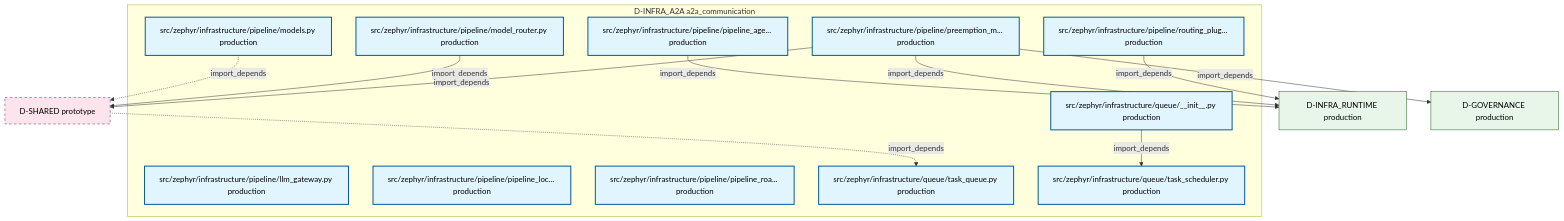
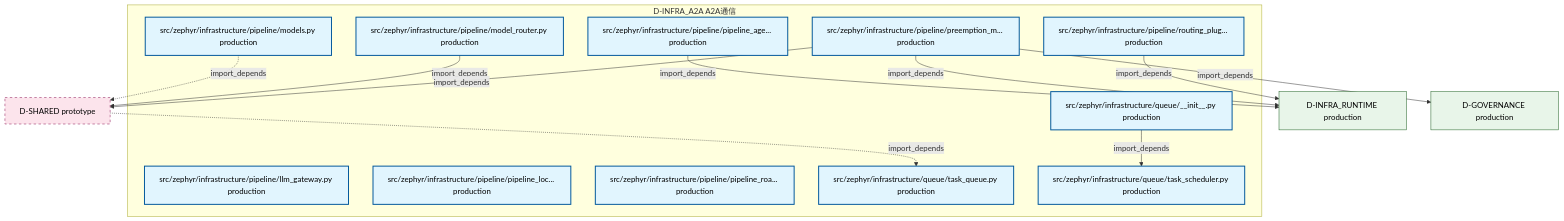
The fourth of 4 diagrams in docs/02_enterprise_architecture/02_domain_architecture_docs/01_d_infra_a2a.md (xuanFelixVan/ZephyrAlpha), drawn with Mermaid before and after one commit. The commit also changed other lines of this file and 105 other files, not shown here.

````diff
--- a/docs/02_enterprise_architecture/02_domain_architecture_docs/01_d_infra_a2a.md
+++ b/docs/02_enterprise_architecture/02_domain_architecture_docs/01_d_infra_a2a.md
@@ -255,35 +255,35 @@
 ```mermaid
 graph TD
-    subgraph D_INFRA_A2A["D-INFRA_A2A a2a_communication"]
+    subgraph D_INFRA_A2A["D-INFRA_A2A A2A通信"]
         src_zephyr_infrastructure_pipeline_llm_gateway_py["src/zephyr/infrastructure/pipeline/llm_gateway.py production"]
         src_zephyr_infrastructure_pipeline_model_router_py["src/zephyr/infrastructure/pipeline/model_router.py production"]
         src_zephyr_infrastructure_pipeline_models_py["src/zephyr/infrastructure/pipeline/models.py production"]
         src_zephyr_infrastructure_pipeline_pipeline_agent_bridge_py["src/zephyr/infrastructure/pipeline/pipeline_age... production"]
         src_zephyr_infrastructure_pipeline_pipeline_lock_py["src/zephyr/infrastructure/pipeline/pipeline_loc... production"]
         src_zephyr_infrastructure_pipeline_pipeline_roadmap_py["src/zephyr/infrastructure/pipeline/pipeline_roa... production"]
         src_zephyr_infrastructure_pipeline_preemption_manager_py["src/zephyr/infrastructure/pipeline/preemption_m... production"]
         src_zephyr_infrastructure_pipeline_routing_plugins_py["src/zephyr/infrastructure/pipeline/routing_plug... production"]
         src_zephyr_infrastructure_queue_init_py["src/zephyr/infrastructure/queue/__init__.py production"]
         src_zephyr_infrastructure_queue_task_queue_py["src/zephyr/infrastructure/queue/task_queue.py production"]
         src_zephyr_infrastructure_queue_task_scheduler_py["src/zephyr/infrastructure/queue/task_scheduler.py production"]
     end
     src_zephyr_infrastructure_queue_init_py -->|import_depends| src_zephyr_infrastructure_queue_task_scheduler_py
     D_SHARED["D-SHARED prototype"]
     src_zephyr_infrastructure_pipeline_models_py -.->|import_depends| D_SHARED
     src_zephyr_infrastructure_pipeline_model_router_py -->|import_depends| D_SHARED
     D_INFRA_RUNTIME["D-INFRA_RUNTIME production"]
     src_zephyr_infrastructure_pipeline_pipeline_agent_bridge_py -->|import_depends| D_INFRA_RUNTIME
     src_zephyr_infrastructure_pipeline_preemption_manager_py -->|import_depends| D_INFRA_RUNTIME
     src_zephyr_infrastructure_pipeline_preemption_manager_py -->|import_depends| D_SHARED
     D_GOVERNANCE["D-GOVERNANCE production"]
     src_zephyr_infrastructure_pipeline_preemption_manager_py -->|import_depends| D_GOVERNANCE
     src_zephyr_infrastructure_pipeline_routing_plugins_py -->|import_depends| D_INFRA_RUNTIME
     D_SHARED -.->|import_depends| src_zephyr_infrastructure_queue_task_queue_py
     classDef production fill:#e1f5fe,stroke:#01579b,stroke-width:2px,color:#000
     classDef design fill:#fff3e0,stroke:#e65100,stroke-width:2px,color:#000,stroke-dasharray: 5 5
     classDef external_prod fill:#e8f5e9,stroke:#1b5e20,stroke-width:1px,color:#000
     classDef external_design fill:#fce4ec,stroke:#880e4f,stroke-width:1px,color:#000,stroke-dasharray: 5 5
     class src_zephyr_infrastructure_pipeline_llm_gateway_py,src_zephyr_infrastructure_pipeline_model_router_py,src_zephyr_infrastructure_pipeline_models_py,src_zephyr_infrastructure_pipeline_pipeline_agent_bridge_py,src_zephyr_infrastructure_pipeline_pipeline_lock_py,src_zephyr_infrastructure_pipeline_pipeline_roadmap_py,src_zephyr_infrastructure_pipeline_preemption_manager_py,src_zephyr_infrastructure_pipeline_routing_plugins_py,src_zephyr_infrastructure_queue_init_py,src_zephyr_infrastructure_queue_task_queue_py,src_zephyr_infrastructure_queue_task_scheduler_py production
     class D_INFRA_RUNTIME,D_GOVERNANCE external_prod
     class D_SHARED external_design
 ```
````
